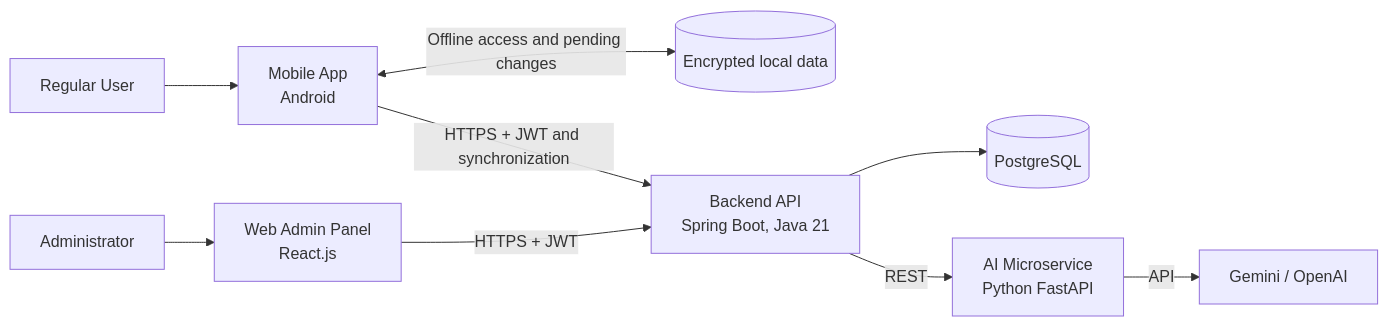
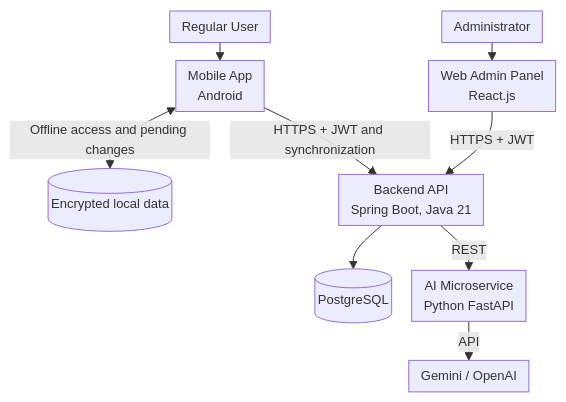
The first of 3 diagrams in PA/PA2/report.md (pdtLong2929/FinSync), drawn with Mermaid before and after one commit. The commit also changed other lines of this file and 5 other files, not shown here.

````diff
--- a/PA/PA2/report.md
+++ b/PA/PA2/report.md
@@ -410,11 +405,12 @@
 ```mermaid
-flowchart LR
+%%{init: {"look": "classic", "themeVariables": {"fontSize": "13px"}, "flowchart": {"rankSpacing": 18, "nodeSpacing": 20, "padding": 6, "wrappingWidth": 240}}}%%
+flowchart TB
     U[Regular User] --> M[Mobile App<br/>Android]
     A[Administrator] --> W[Web Admin Panel<br/>React.js]
     M <-->|Offline access and pending changes| L[(Encrypted local data)]
     M -->|HTTPS + JWT and synchronization| B[Backend API<br/>Spring Boot, Java 21]
     W -->|HTTPS + JWT| B
     B --> D[(PostgreSQL)]
     B -->|REST| AI[AI Microservice<br/>Python FastAPI]
     AI -->|API| G[Gemini / OpenAI]
 ```
````
